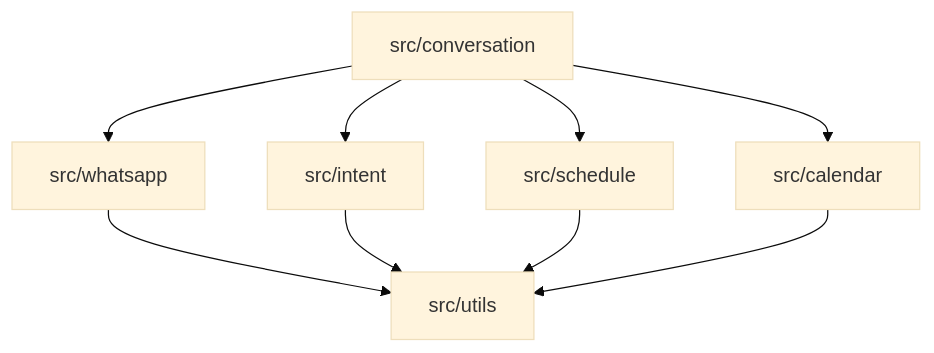
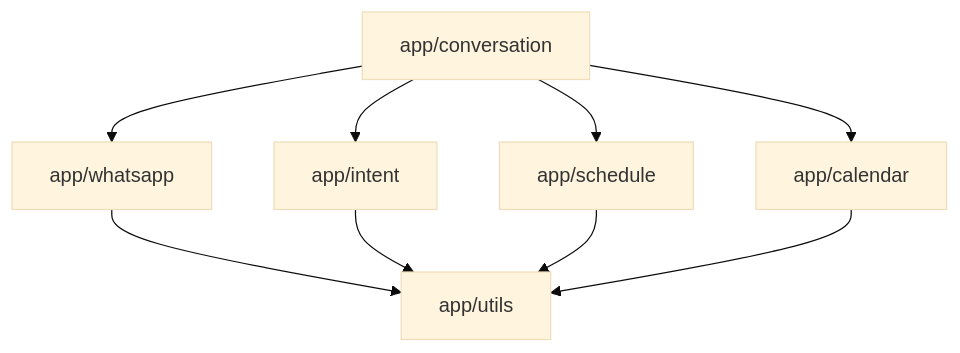
One commit to benega/ai-chatbot changed the diagram in memory-bank/techContext.md. Above: the diagram before and after it, drawn with Mermaid (base theme). The commit also changed other lines of this file and 10 other files, not shown here.

Commit message:
refactor: rename src to app

````diff
--- a/memory-bank/techContext.md
+++ b/memory-bank/techContext.md
@@ -121,11 +121,11 @@
 ```mermaid
 graph TD
-    A[src/whatsapp] --> U[src/utils]
-    B[src/intent] --> U
-    C[src/conversation] --> A
+    A[app/whatsapp] --> U[app/utils]
+    B[app/intent] --> U
+    C[app/conversation] --> A
     C --> B
-    C --> D[src/schedule]
-    C --> E[src/calendar]
+    C --> D[app/schedule]
+    C --> E[app/calendar]
     D --> U
     E --> U
 ```
````
